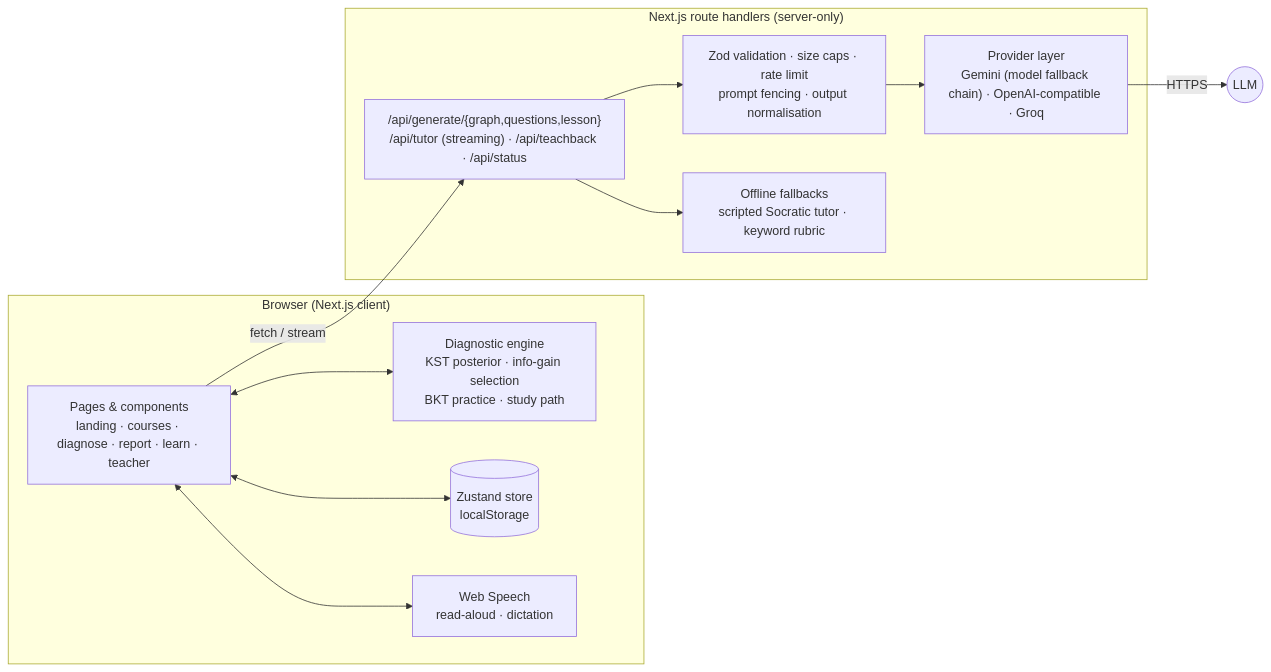
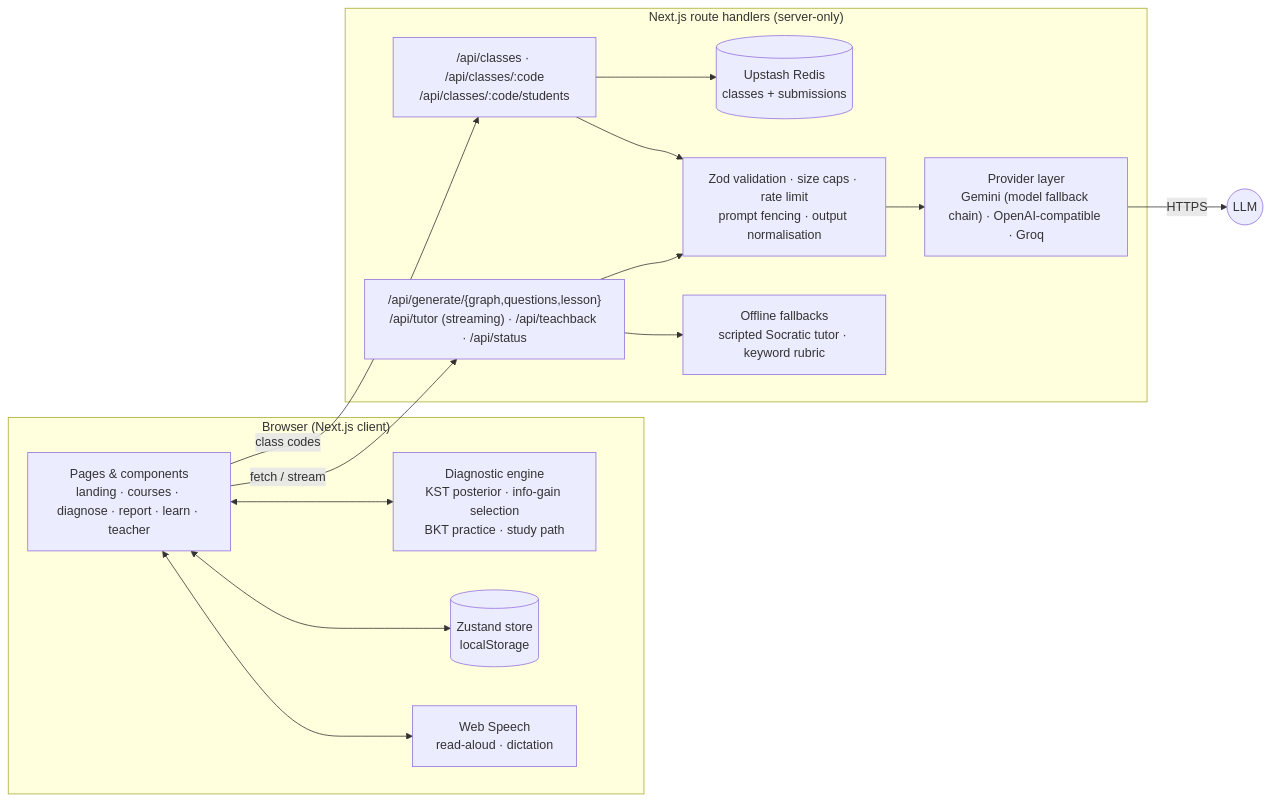
Before and after one commit to garvitguptark/rootwise: the diagram in README.md, drawn with Mermaid. The commit also changed other lines of this file, not shown here.

````diff
--- a/README.md
+++ b/README.md
@@ -123,22 +136,27 @@
 ```mermaid
 flowchart LR
   subgraph Browser["Browser (Next.js client)"]
     UI["Pages & components<br/>landing · courses · diagnose · report · learn · teacher"]
     ENG["Diagnostic engine<br/>KST posterior · info-gain selection<br/>BKT practice · study path"]
     STORE[("Zustand store<br/>localStorage")]
     SPEECH["Web Speech<br/>read-aloud · dictation"]
     UI <--> ENG
     UI <--> STORE
     UI <--> SPEECH
   end
   subgraph Server["Next.js route handlers (server-only)"]
     API["/api/generate/{graph,questions,lesson}<br/>/api/tutor (streaming) · /api/teachback · /api/status"]
+    CLS["/api/classes · /api/classes/:code<br/>/api/classes/:code/students"]
+    KV[("Upstash Redis<br/>classes + submissions")]
+    CLS --> VAL
+    CLS --> KV
     VAL["Zod validation · size caps · rate limit<br/>prompt fencing · output normalisation"]
     PROV["Provider layer<br/>Gemini (model fallback chain) · OpenAI-compatible · Groq"]
     OFF["Offline fallbacks<br/>scripted Socratic tutor · keyword rubric"]
     API --> VAL --> PROV
     API --> OFF
   end
   UI -- "fetch / stream" --> API
+  UI -- "class codes" --> CLS
   PROV -- "HTTPS" --> LLM(("LLM"))
 ```
````
